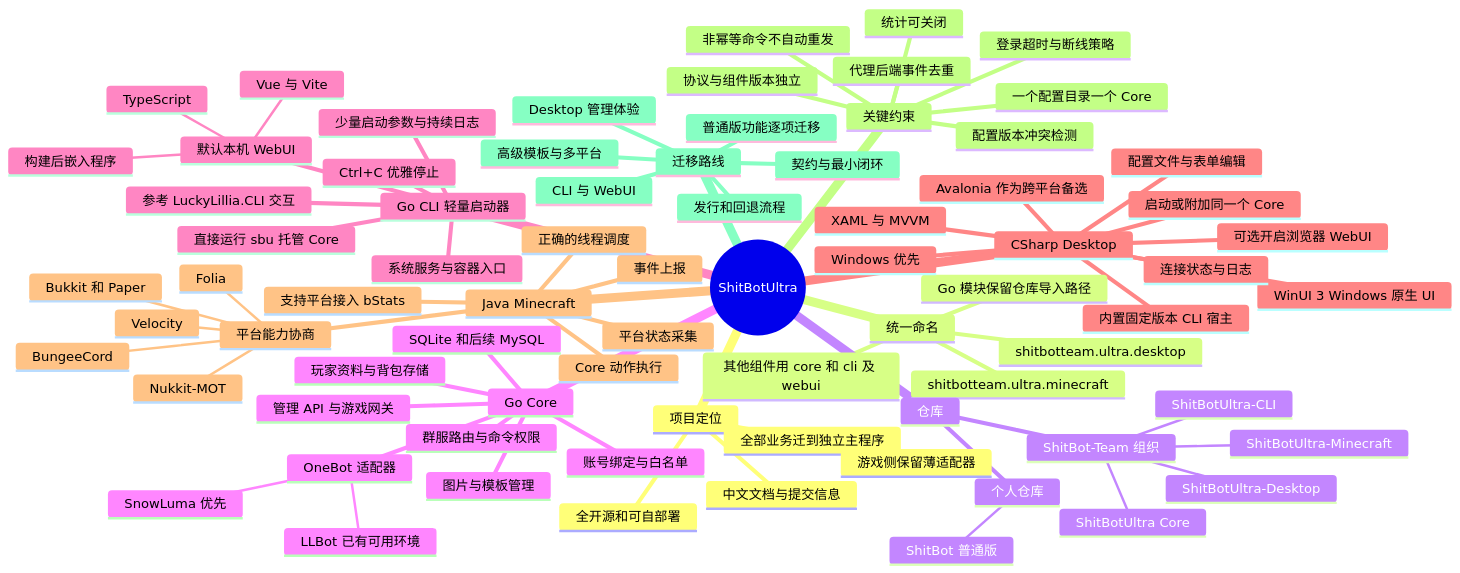
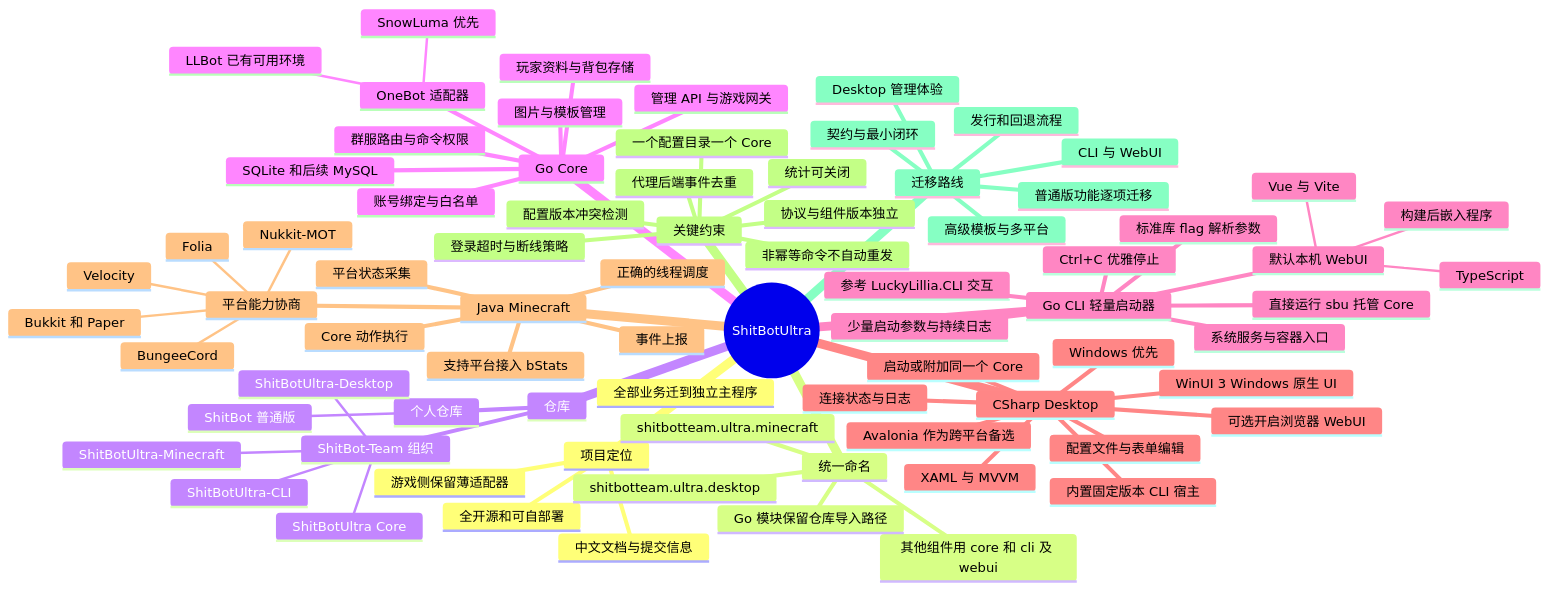
Before and after one commit to ShitBot-Team/ShitBotUltra: the diagram in docs/plan/04-思维导图.md, drawn with Mermaid. The commit also changed other lines of this file and 4 other files, not shown here.

````diff
--- a/docs/plan/04-思维导图.md
+++ b/docs/plan/04-思维导图.md
@@ -5,79 +5,80 @@
 ```mermaid
 mindmap
   root((ShitBotUltra))
     项目定位
       全部业务迁到独立主程序
       游戏侧保留薄适配器
       全开源和可自部署
       中文文档与提交信息
     统一命名
       shitbotteam.ultra.minecraft
       shitbotteam.ultra.desktop
       其他组件用 core 和 cli 及 webui
       Go 模块保留仓库导入路径
     仓库
       个人仓库
         ShitBot 普通版
       ShitBot-Team 组织
         ShitBotUltra Core
         ShitBotUltra-CLI
         ShitBotUltra-Desktop
         ShitBotUltra-Minecraft
     Go Core
       账号绑定与白名单
       群服路由与命令权限
       玩家资料与背包存储
       图片与模板管理
       SQLite 和后续 MySQL
       OneBot 适配器
         SnowLuma 优先
         LLBot 已有可用环境
       管理 API 与游戏网关
     Go CLI 轻量启动器
       参考 LuckyLillia.CLI 交互
+      标准库 flag 解析参数
       直接运行 sbu 托管 Core
       少量启动参数与持续日志
       Ctrl+C 优雅停止
       系统服务与容器入口
       默认本机 WebUI
         TypeScript
         Vue 与 Vite
         构建后嵌入程序
     CSharp Desktop
       WinUI 3 Windows 原生 UI
       XAML 与 MVVM
       Avalonia 作为跨平台备选
       内置固定版本 CLI 宿主
       启动或附加同一个 Core
       配置文件与表单编辑
       连接状态与日志
       可选开启浏览器 WebUI
       Windows 优先
     Java Minecraft
       事件上报
       平台状态采集
       Core 动作执行
       正确的线程调度
       平台能力协商
         Bukkit 和 Paper
         Folia
         Velocity
         BungeeCord
         Nukkit-MOT
       支持平台接入 bStats
     关键约束
       一个配置目录一个 Core
       配置版本冲突检测
       登录超时与断线策略
       代理后端事件去重
       非幂等命令不自动重发
       协议与组件版本独立
       统计可关闭
     迁移路线
       契约与最小闭环
       CLI 与 WebUI
       Desktop 管理体验
       普通版功能逐项迁移
       高级模板与多平台
       发行和回退流程
 ```
````
